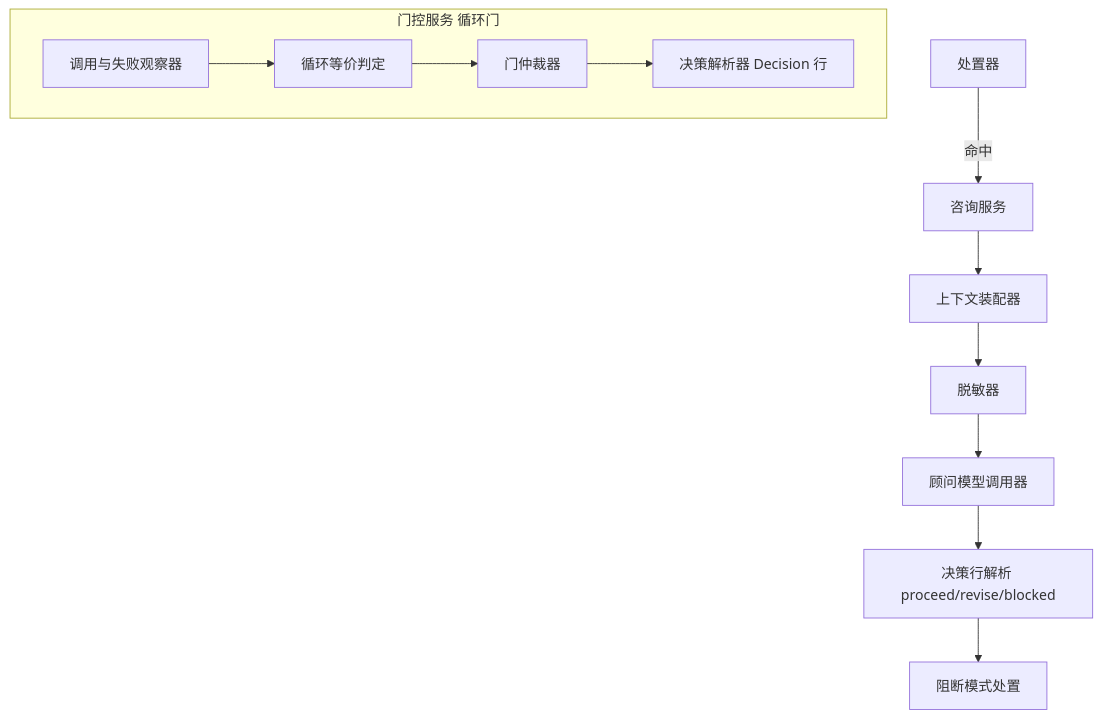
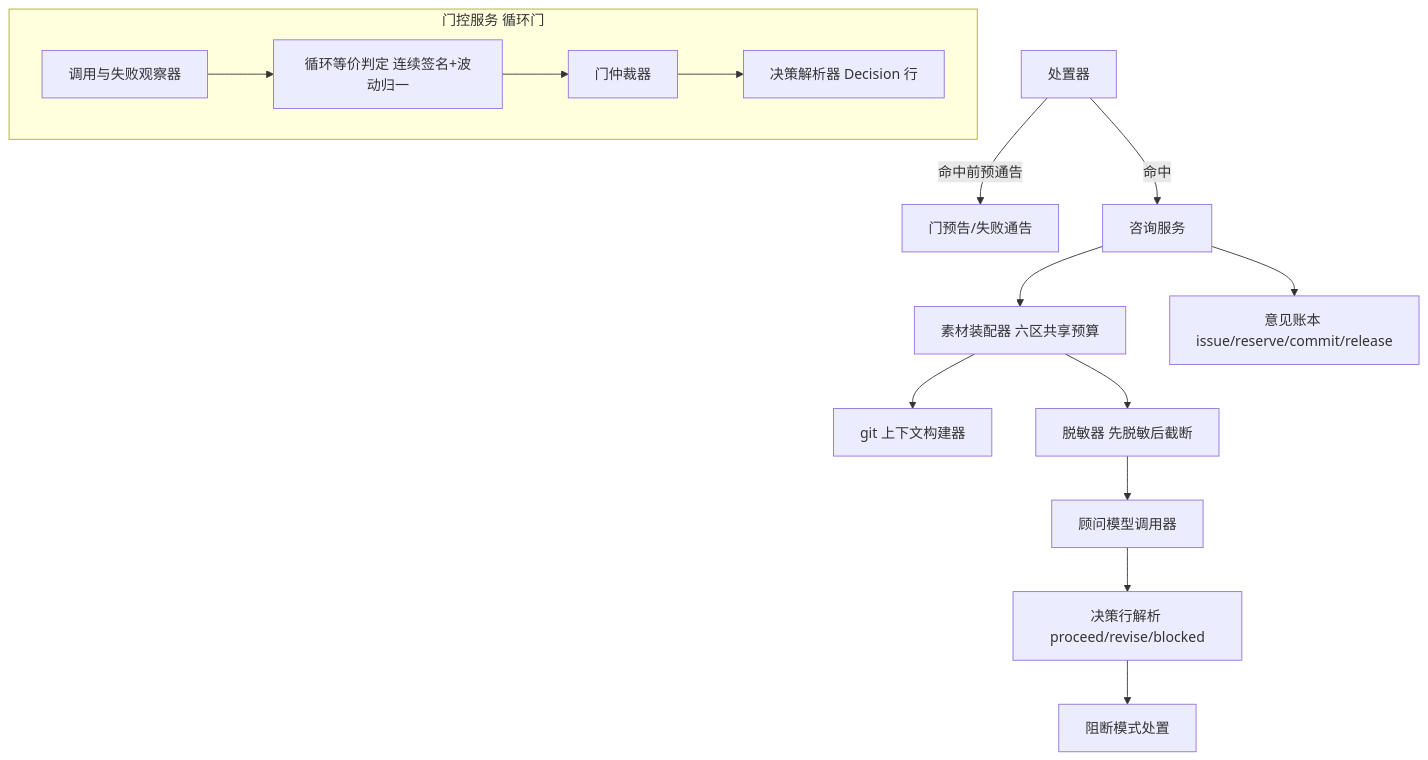
Before and after one commit to ccll/dsh-advisor-flow: the third of 9 diagrams in SOLUTION.md, drawn with Mermaid. The commit also changed other lines of this file and 20 other files, not shown here.

First line of the commit message:
📝 文档(map): 行为严格对齐 pi-advisor-flow 0.8.2 的需求与方案演进

````diff
--- a/SOLUTION.md
+++ b/SOLUTION.md
@@ -101,14 +111,17 @@
 ```mermaid
 flowchart TB
     subgraph loopgate[门控服务 循环门]
-        watcher[调用与失败观察器] --> loopdet[循环等价判定]
+        watcher[调用与失败观察器] --> loopdet[循环等价判定 连续签名+波动归一]
         loopdet --> arbiter[门仲裁器]
         arbiter --> decision[决策解析器 Decision 行]
     end
-    arbiter2[处置器] -->|命中| consult[咨询服务]
-    consult --> ctxasm[上下文装配器]
-    ctxasm --> redact[脱敏器]
+    arbiter2[处置器] -->|命中前预通告| notify[门预告/失败通告]
+    arbiter2 -->|命中| consult[咨询服务]
+    consult --> ctxasm[素材装配器 六区共享预算]
+    ctxasm --> gitq[git 上下文构建器]
+    ctxasm --> redact[脱敏器 先脱敏后截断]
     redact --> llmcall[顾问模型调用器]
     llmcall --> parse[决策行解析 proceed/revise/blocked]
     parse --> policy[阻断模式处置]
+    consult --> ledger[意见账本 issue/reserve/commit/release]
 ```
````
